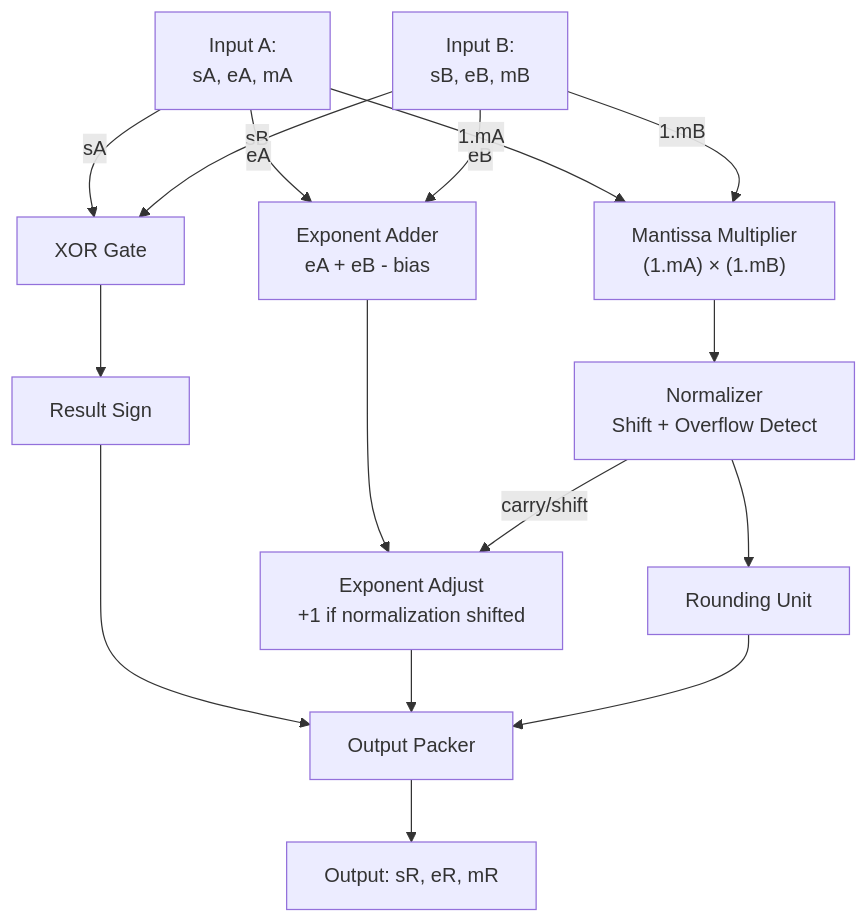
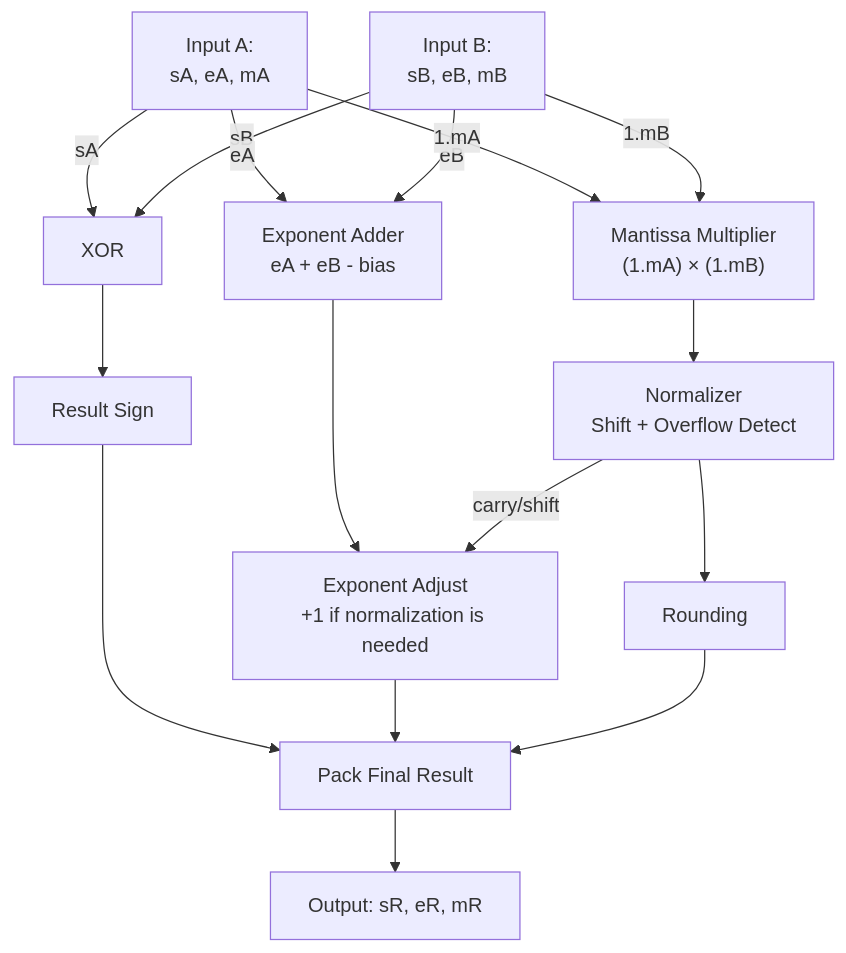
One commit to Mohammad-Khoshroo/number-systems changed the fourth of 8 diagrams in FLP.md. Above: the diagram before and after it, drawn with Mermaid. The commit also changed other lines of this file and 1 other file, not shown here.

````diff
--- a/FLP.md
+++ b/FLP.md
@@ -195,25 +171,25 @@
 ```mermaid
 flowchart TD
     A["Input A:<br/>sA, eA, mA"] 
     B["Input B:<br/>sB, eB, mB"]
 
-    A -->|sA| X1["XOR Gate"]
+    A -->|sA| X1["XOR"]
     B -->|sB| X1
     X1 --> SR["Result Sign"]
 
     A -->|eA| EA["Exponent Adder<br/>eA + eB - bias"]
     B -->|eB| EA
 
     A -->|"1.mA"| MM["Mantissa Multiplier<br/>(1.mA) × (1.mB)"]
     B -->|"1.mB"| MM
 
     MM --> NORM["Normalizer<br/>Shift + Overflow Detect"]
-    EA --> ADJ["Exponent Adjust<br/>+1 if normalization shifted"]
+    EA --> ADJ["Exponent Adjust<br/>+1 if normalization is needed"]
     NORM -->|carry/shift| ADJ
 
-    NORM --> RND["Rounding Unit"]
-    SR --> PACK["Output Packer"]
+    NORM --> RND["Rounding"]
+    SR --> PACK["Pack Final Result"]
     ADJ --> PACK
     RND --> PACK
     PACK --> OUT["Output: sR, eR, mR"]
 ```
````
